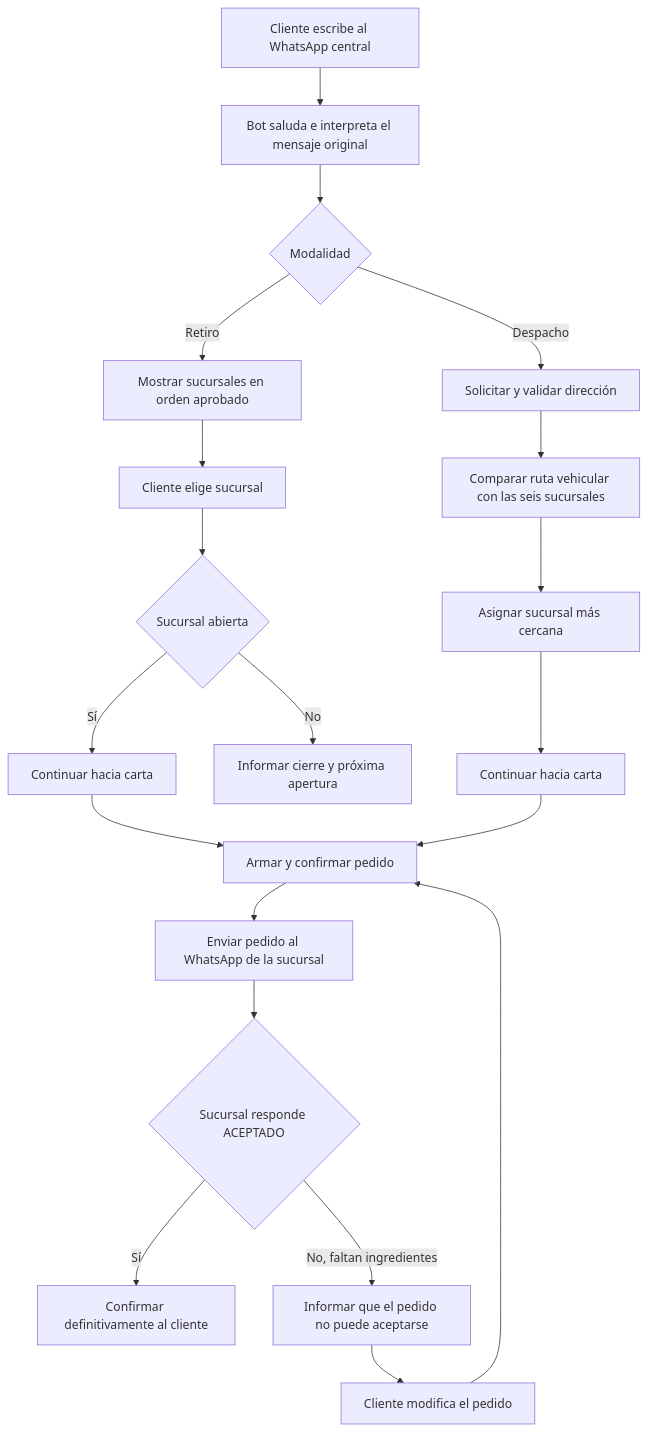
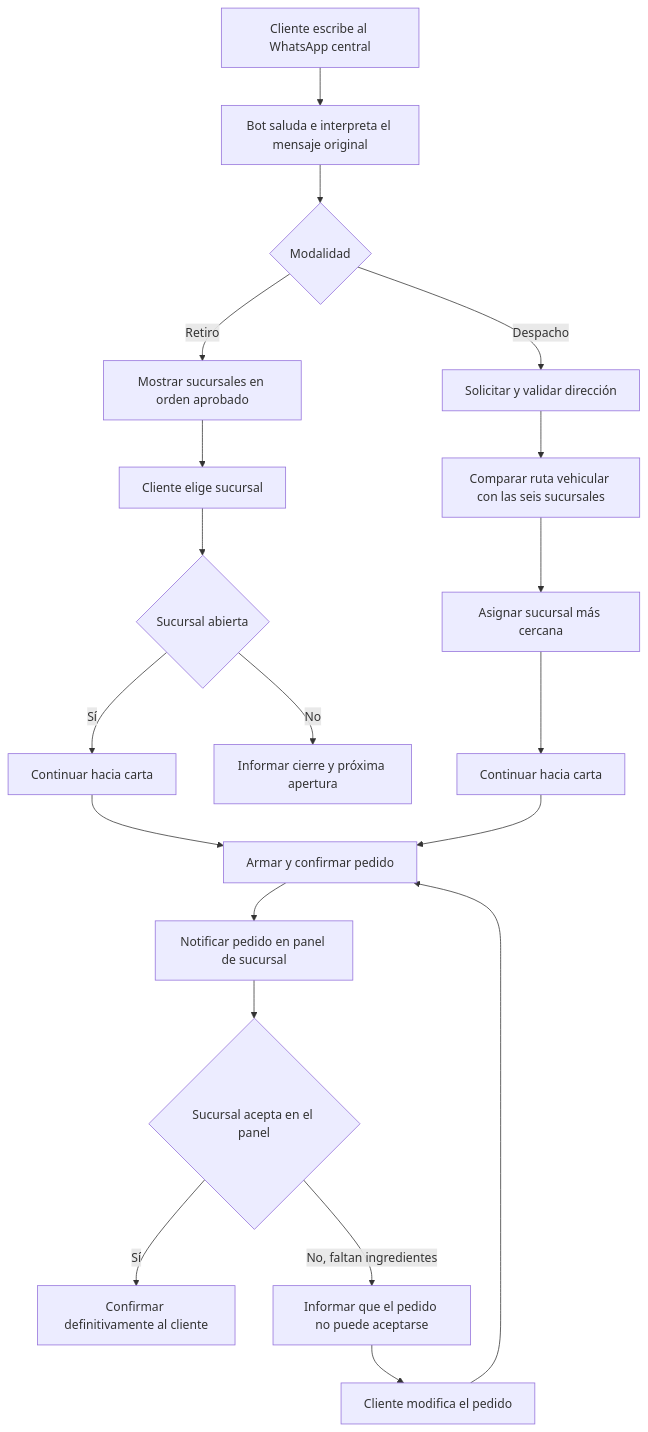
One commit to 304bxnjvv/jirensushi-whatsapp-bot changed the diagram in docs/user-stories/HU-03-contexto-transversal-del-proyecto.md. Above: the diagram before and after it, drawn with Mermaid. The commit also changed other lines of this file, not shown here.

Commit message:
docs: replace branch WhatsApp with minimal panel

````diff
--- a/docs/user-stories/HU-03-contexto-transversal-del-proyecto.md
+++ b/docs/user-stories/HU-03-contexto-transversal-del-proyecto.md
@@ -44,22 +45,22 @@
 ```mermaid
 flowchart TD
     A[Cliente escribe al WhatsApp central] --> B[Bot saluda e interpreta el mensaje original]
     B --> C{Modalidad}
     C -->|Retiro| D[Mostrar sucursales en orden aprobado]
     C -->|Despacho| E[Solicitar y validar dirección]
     D --> F[Cliente elige sucursal]
     F --> G{Sucursal abierta}
     G -->|Sí| H[Continuar hacia carta]
     G -->|No| I[Informar cierre y próxima apertura]
     E --> J[Comparar ruta vehicular con las seis sucursales]
     J --> K[Asignar sucursal más cercana]
     K --> L[Continuar hacia carta]
     H --> M[Armar y confirmar pedido]
     L --> M
-    M --> N[Enviar pedido al WhatsApp de la sucursal]
-    N --> O{Sucursal responde ACEPTADO}
+    M --> N[Notificar pedido en panel de sucursal]
+    N --> O{Sucursal acepta en el panel}
     O -->|Sí| P[Confirmar definitivamente al cliente]
     O -->|No, faltan ingredientes| Q[Informar que el pedido no puede aceptarse]
     Q --> R[Cliente modifica el pedido]
     R --> M
 ```
````
